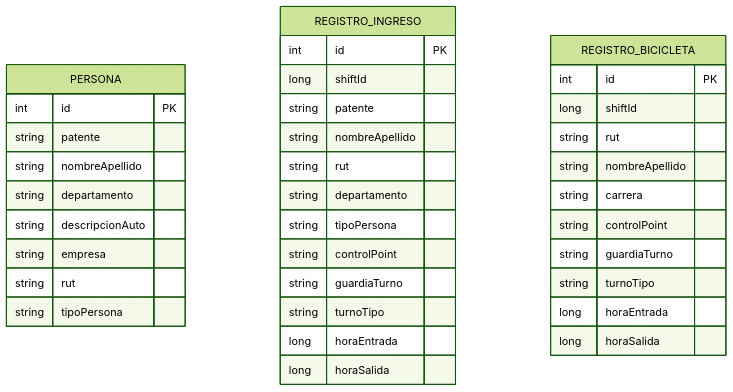
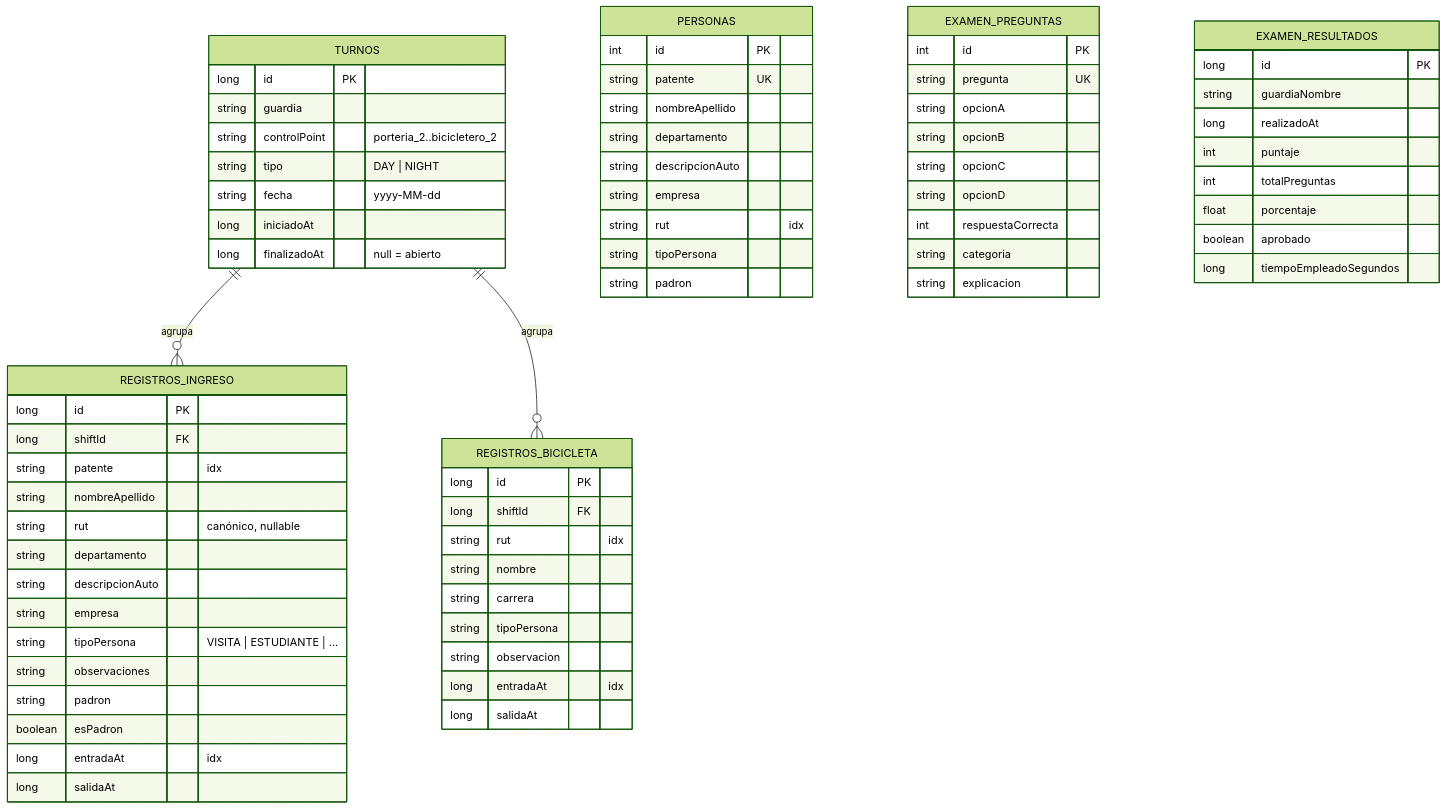
One commit to dur1al/controlate-android changed the third of 3 diagrams in README.md. Above: the diagram before and after it, drawn with Mermaid (forest theme). The commit also changed other lines of this file and 199 other files, not shown here.

Commit message:
diagramas de pipeline pdf e integridad operativa docs/diagrams.md

````diff
--- a/README.md
+++ b/README.md
@@ -120,41 +117,74 @@
 ```mermaid
 erDiagram
-    PERSONA {
+    TURNOS ||--o{ REGISTROS_INGRESO : "agrupa"
+    TURNOS ||--o{ REGISTROS_BICICLETA : "agrupa"
+
+    TURNOS {
+        long id PK
+        string guardia
+        string controlPoint "porteria_2..bicicletero_2"
+        string tipo "DAY | NIGHT"
+        string fecha "yyyy-MM-dd"
+        long iniciadoAt
+        long finalizadoAt "null = abierto"
+    }
+    REGISTROS_INGRESO {
+        long id PK
+        long shiftId FK
+        string patente "idx"
+        string nombreApellido
+        string rut "canónico, nullable"
+        string departamento
+        string descripcionAuto
+        string empresa
+        string tipoPersona "VISITA | ESTUDIANTE | ..."
+        string observaciones
+        string padron
+        boolean esPadron
+        long entradaAt "idx"
+        long salidaAt
+    }
+    REGISTROS_BICICLETA {
+        long id PK
+        long shiftId FK
+        string rut "idx"
+        string nombre
+        string carrera
+        string tipoPersona
+        string observacion
+        long entradaAt "idx"
+        long salidaAt
+    }
+    PERSONAS {
         int id PK
-        string patente
+        string patente UK
         string nombreApellido
         string departamento
         string descripcionAuto
         string empresa
-        string rut
+        string rut "idx"
         string tipoPersona
+        string padron
     }
-
-    REGISTRO_INGRESO {
+    EXAMEN_PREGUNTAS {
         int id PK
-        long shiftId
-        string patente
-        string nombreApellido
-        string rut
-        string departamento
-        string tipoPersona
-        string controlPoint
-        string guardiaTurno
-        string turnoTipo
-        long horaEntrada
-        long horaSalida
+        string pregunta UK
+        string opcionA
+        string opcionB
+        string opcionC
+        string opcionD
+        int respuestaCorrecta
+        string categoria
+        string explicacion
     }
-
-    REGISTRO_BICICLETA {
-        int id PK
-        long shiftId
-        string rut
-        string nombreApellido
-        string carrera
-        string controlPoint
-        string guardiaTurno
-        string turnoTipo
-        long horaEntrada
-        long horaSalida
+    EXAMEN_RESULTADOS {
+        long id PK
+        string guardiaNombre
+        long realizadoAt
+        int puntaje
+        int totalPreguntas
+        float porcentaje
+        boolean aprobado
+        long tiempoEmpleadoSegundos
     }
 ```
````
